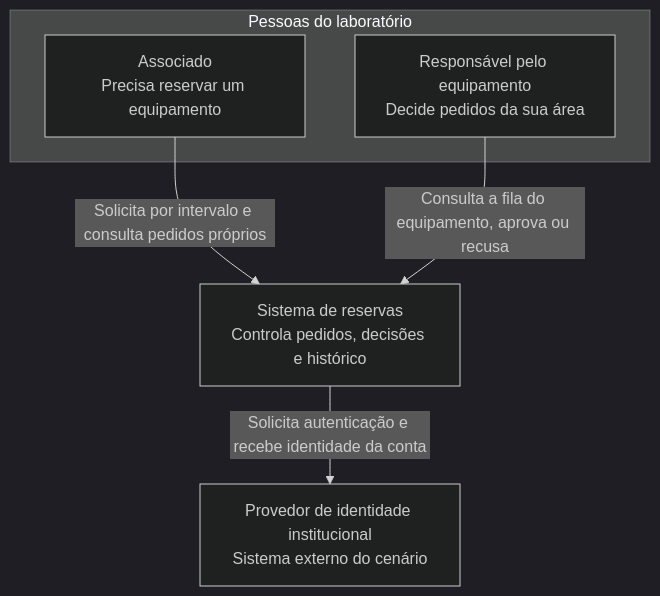
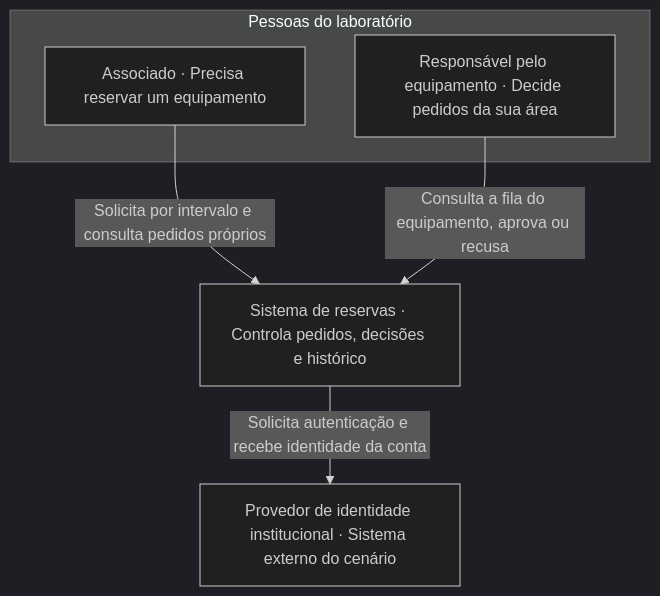
One commit to PHnsilva/base-de-projetos changed the first of 10 diagrams in exemplos/reservas-de-recursos/diagramas.md. Above: the diagram before and after it, drawn with Mermaid (dark theme). The commit also changed other lines of this file and 13 other files, not shown here.

````diff
--- a/exemplos/reservas-de-recursos/diagramas.md
+++ b/exemplos/reservas-de-recursos/diagramas.md
@@ -17,12 +17,12 @@
 ```mermaid
 flowchart TD
     subgraph Pessoas["Pessoas do laboratório"]
-        A["Associado<br/>Precisa reservar um equipamento"]
-        R["Responsável pelo equipamento<br/>Decide pedidos da sua área"]
+        A["Associado · Precisa reservar um equipamento"]
+        R["Responsável pelo equipamento · Decide pedidos da sua área"]
     end
-    S["Sistema de reservas<br/>Controla pedidos, decisões e histórico"]
+    S["Sistema de reservas · Controla pedidos, decisões e histórico"]
     A -->|"Solicita por intervalo e consulta pedidos próprios"| S
     R -->|"Consulta a fila do equipamento, aprova ou recusa"| S
-    ID["Provedor de identidade institucional<br/>Sistema externo do cenário"]
+    ID["Provedor de identidade institucional · Sistema externo do cenário"]
     S -->|"Solicita autenticação e recebe identidade da conta"| ID
 ```
````
